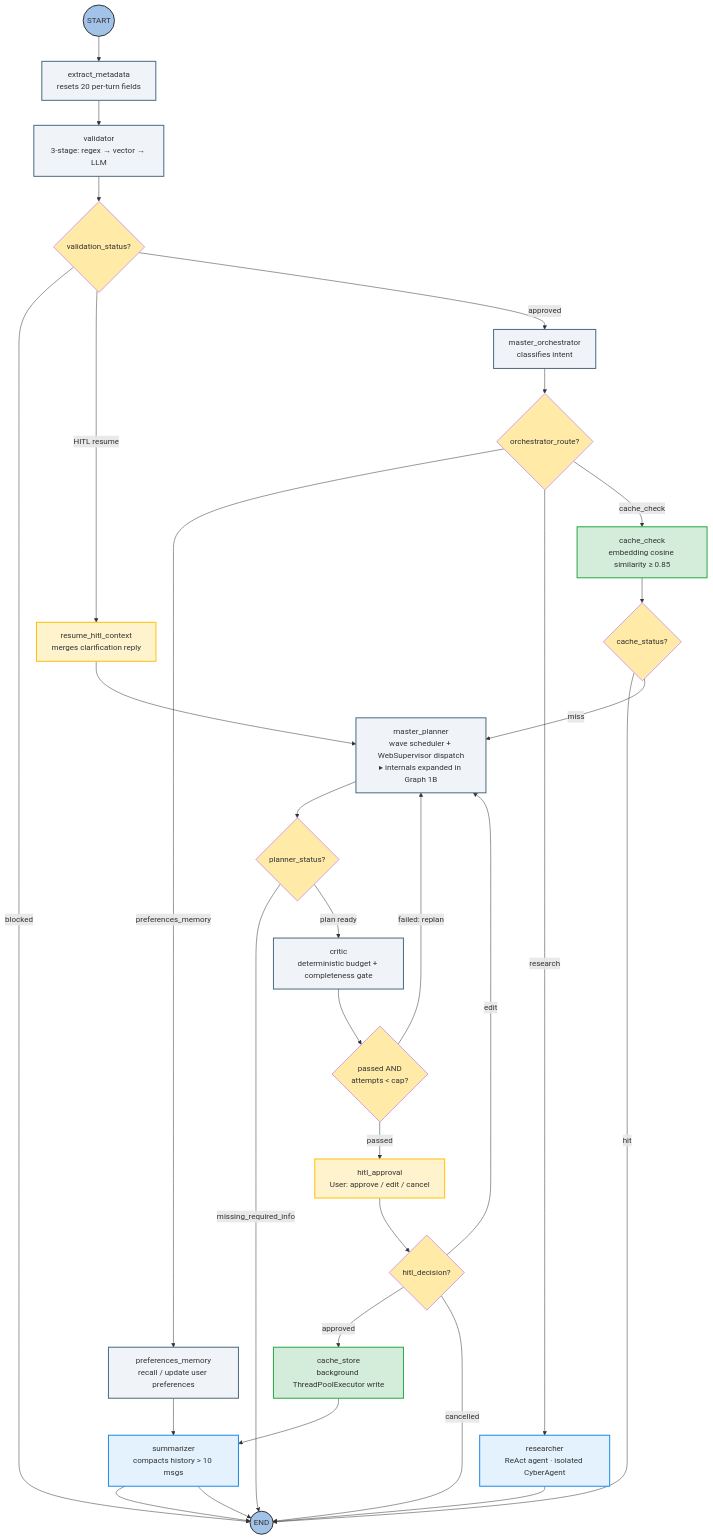
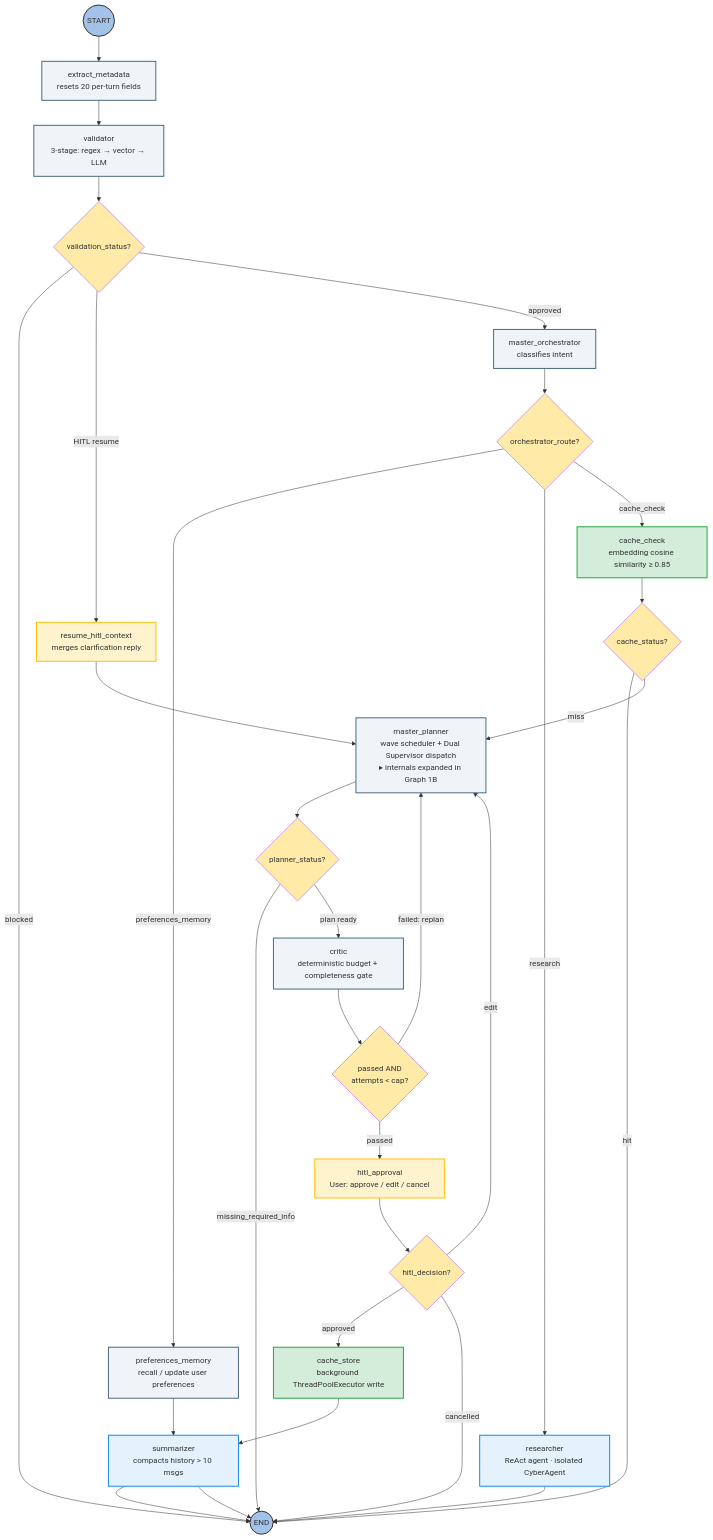
Before and after one commit to eladdamti100/travel-agent: the first of 4 diagrams in GRAPHS.md, drawn with Mermaid. The commit also changed other lines of this file and 8 other files, not shown here.

First line of the commit message:
Refactor agent architecture to introduce dual-tier supervision

````diff
--- a/GRAPHS.md
+++ b/GRAPHS.md
@@ -12,61 +12,61 @@
 ```mermaid
 graph TD
     classDef startEnd  fill:#A2C2E8,stroke:#333,stroke-width:2px
     classDef process   fill:#F0F4F8,stroke:#4A6B82,stroke-width:2px
     classDef router    fill:#FFEAA7,stroke:#D6A2E8,stroke-width:2px
     classDef cache     fill:#D4EDDA,stroke:#28A745,stroke-width:2px
     classDef asyncNode fill:#E3F2FD,stroke:#1E88E5,stroke-width:2px
     classDef hitl      fill:#FFF3CD,stroke:#FFC107,stroke-width:2px
 
     START((START)):::startEnd
 
     EXTRACT["extract_metadata\nresets 20 per-turn fields"]:::process
     VALIDATOR["validator\n3-stage: regex → vector → LLM"]:::process
     VALID_ROUTE{validation_status?}:::router
 
     HITL_RESUME["resume_hitl_context\nmerges clarification reply"]:::hitl
     ORCH["master_orchestrator\nclassifies intent"]:::process
     ORCH_ROUTE{orchestrator_route?}:::router
 
     PREFS["preferences_memory\nrecall / update user preferences"]:::process
     RESEARCHER["researcher\nReAct agent · isolated CyberAgent"]:::asyncNode
 
     CACHE_CHECK["cache_check\nembedding cosine similarity ≥ 0.85"]:::cache
     CACHE_ROUTE{cache_status?}:::router
 
-    PLANNER["master_planner\nwave scheduler + WebSupervisor dispatch\n▸ internals expanded in Graph 1B"]:::process
+    PLANNER["master_planner\nwave scheduler + Dual Supervisor dispatch\n▸ internals expanded in Graph 1B"]:::process
     PLANNER_ROUTE{planner_status?}:::router
 
     CRITIC["critic\ndeterministic budget + completeness gate"]:::process
     CRITIC_ROUTE{"passed AND\nattempts < cap?"}:::router
 
     HITL_APPROVAL["hitl_approval\nUser: approve / edit / cancel"]:::hitl
     HITL_ROUTE{hitl_decision?}:::router
 
     CACHE_STORE["cache_store\nbackground ThreadPoolExecutor write"]:::cache
     SUMMARIZER["summarizer\ncompacts history > 10 msgs"]:::asyncNode
 
     END((END)):::startEnd
 
     START --> EXTRACT --> VALIDATOR --> VALID_ROUTE
     VALID_ROUTE -- "blocked" --> END
     VALID_ROUTE -- "HITL resume" --> HITL_RESUME --> PLANNER
     VALID_ROUTE -- "approved" --> ORCH --> ORCH_ROUTE
 
     ORCH_ROUTE -- "preferences_memory" --> PREFS --> SUMMARIZER --> END
     ORCH_ROUTE -- "research" --> RESEARCHER --> END
     ORCH_ROUTE -- "cache_check" --> CACHE_CHECK --> CACHE_ROUTE
 
     CACHE_ROUTE -- "hit" --> END
     CACHE_ROUTE -- "miss" --> PLANNER --> PLANNER_ROUTE
 
     PLANNER_ROUTE -- "missing_required_info" --> END
     PLANNER_ROUTE -- "plan ready" --> CRITIC --> CRITIC_ROUTE
 
     CRITIC_ROUTE -- "failed: replan" --> PLANNER
     CRITIC_ROUTE -- "passed" --> HITL_APPROVAL --> HITL_ROUTE
 
     HITL_ROUTE -- "approved" --> CACHE_STORE --> SUMMARIZER --> END
     HITL_ROUTE -- "edit" --> PLANNER
     HITL_ROUTE -- "cancelled" --> END
 ```
````
